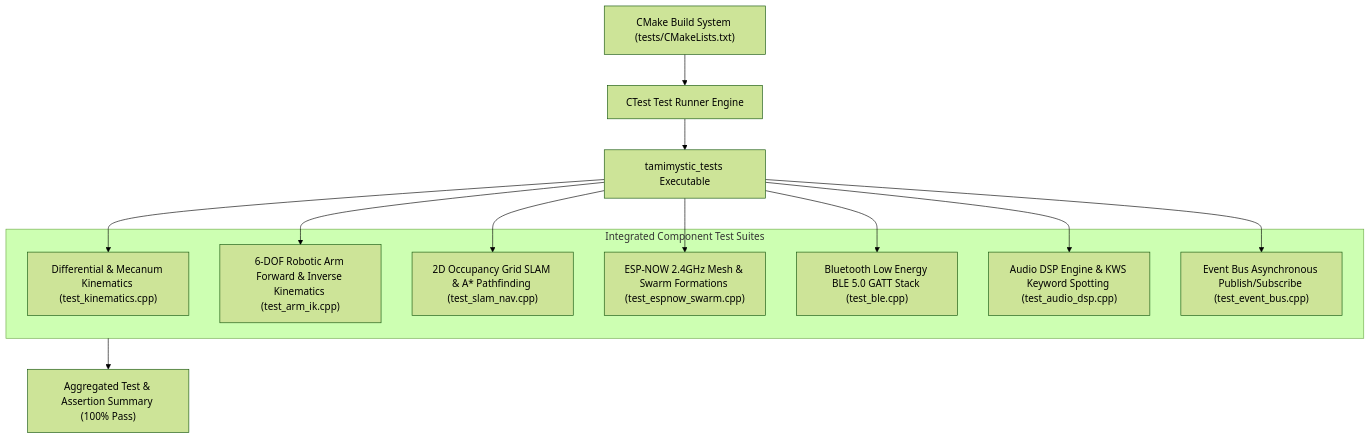
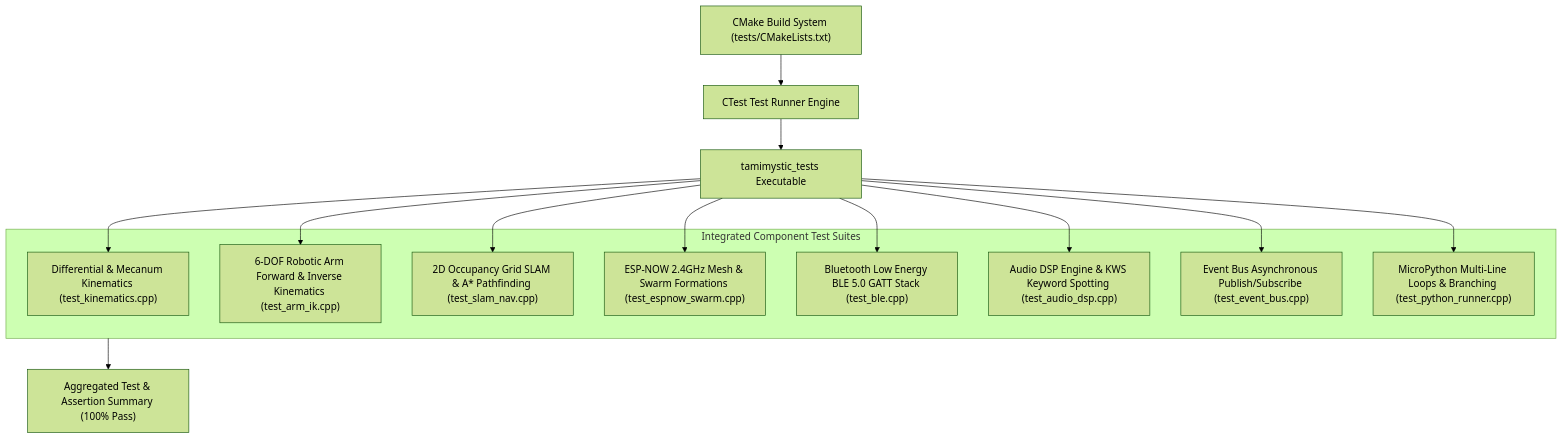
The diagram in docs/development/benchmarks-testing.md (tamimystic/tamimystic-os), drawn with Mermaid (forest theme) before and after one commit. The commit also changed other lines of this file and 13 other files, not shown here.

Commit message:
Optimize kernel configurations, add 4-motor PWM matrix, enhance MicroPython control flow, and update test suite

````diff
--- a/docs/development/benchmarks-testing.md
+++ b/docs/development/benchmarks-testing.md
@@ -11,25 +11,27 @@
 ```mermaid
 graph TD
     RootCMake["CMake Build System (tests/CMakeLists.txt)"] --> CTestRunner["CTest Test Runner Engine"]
     CTestRunner --> TestExecutable["tamimystic_tests Executable"]
     
     subgraph TestSuites["Integrated Component Test Suites"]
         Suite1["Differential & Mecanum Kinematics (test_kinematics.cpp)"]
         Suite2["6-DOF Robotic Arm Forward & Inverse Kinematics (test_arm_ik.cpp)"]
         Suite3["2D Occupancy Grid SLAM & A* Pathfinding (test_slam_nav.cpp)"]
         Suite4["ESP-NOW 2.4GHz Mesh & Swarm Formations (test_espnow_swarm.cpp)"]
         Suite5["Bluetooth Low Energy BLE 5.0 GATT Stack (test_ble.cpp)"]
         Suite6["Audio DSP Engine & KWS Keyword Spotting (test_audio_dsp.cpp)"]
         Suite7["Event Bus Asynchronous Publish/Subscribe (test_event_bus.cpp)"]
+        Suite8["MicroPython Multi-Line Loops & Branching (test_python_runner.cpp)"]
     end
 
     TestExecutable --> Suite1
     TestExecutable --> Suite2
     TestExecutable --> Suite3
     TestExecutable --> Suite4
     TestExecutable --> Suite5
     TestExecutable --> Suite6
     TestExecutable --> Suite7
+    TestExecutable --> Suite8
 
     TestSuites --> SummaryReporter["Aggregated Test & Assertion Summary (100% Pass)"]
 ```
````
